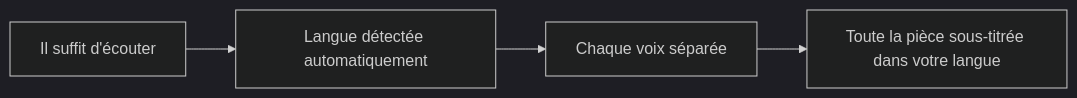
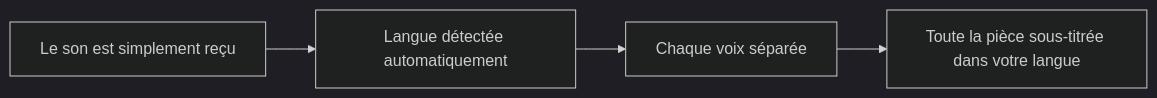
One commit to rpalm01-star/VigilantEarLegal changed the first of 4 diagrams in README_fr.md. Above: the diagram before and after it, drawn with Mermaid (dark theme). The commit also changed other lines of this file and 14 other files, not shown here.

````diff
--- a/README_fr.md
+++ b/README_fr.md
@@ -73,4 +82,4 @@
 ```mermaid
 graph LR
-    A["Il suffit d'écouter"] --> B["Langue détectée automatiquement"] --> C["Chaque voix séparée"] --> D["Toute la pièce sous-titrée dans votre langue"]
+    A["Le son est simplement reçu"] --> B["Langue détectée automatiquement"] --> C["Chaque voix séparée"] --> D["Toute la pièce sous-titrée dans votre langue"]
 ```
````
